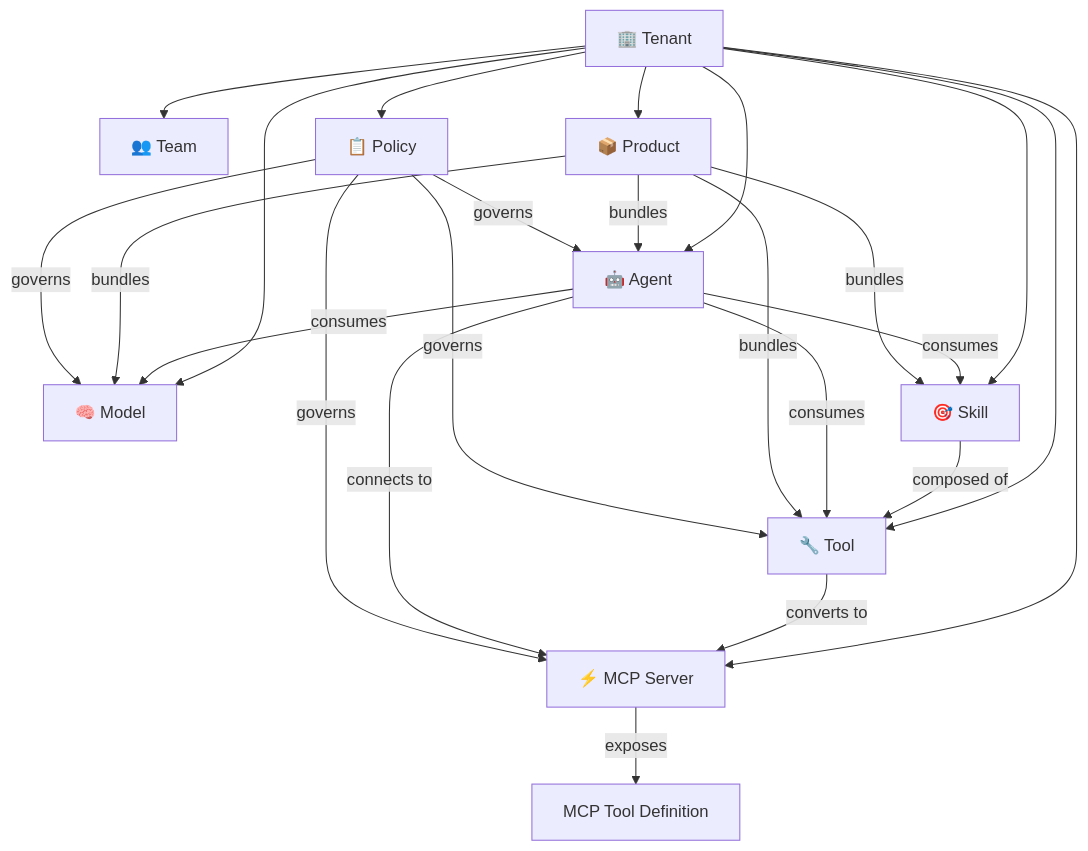
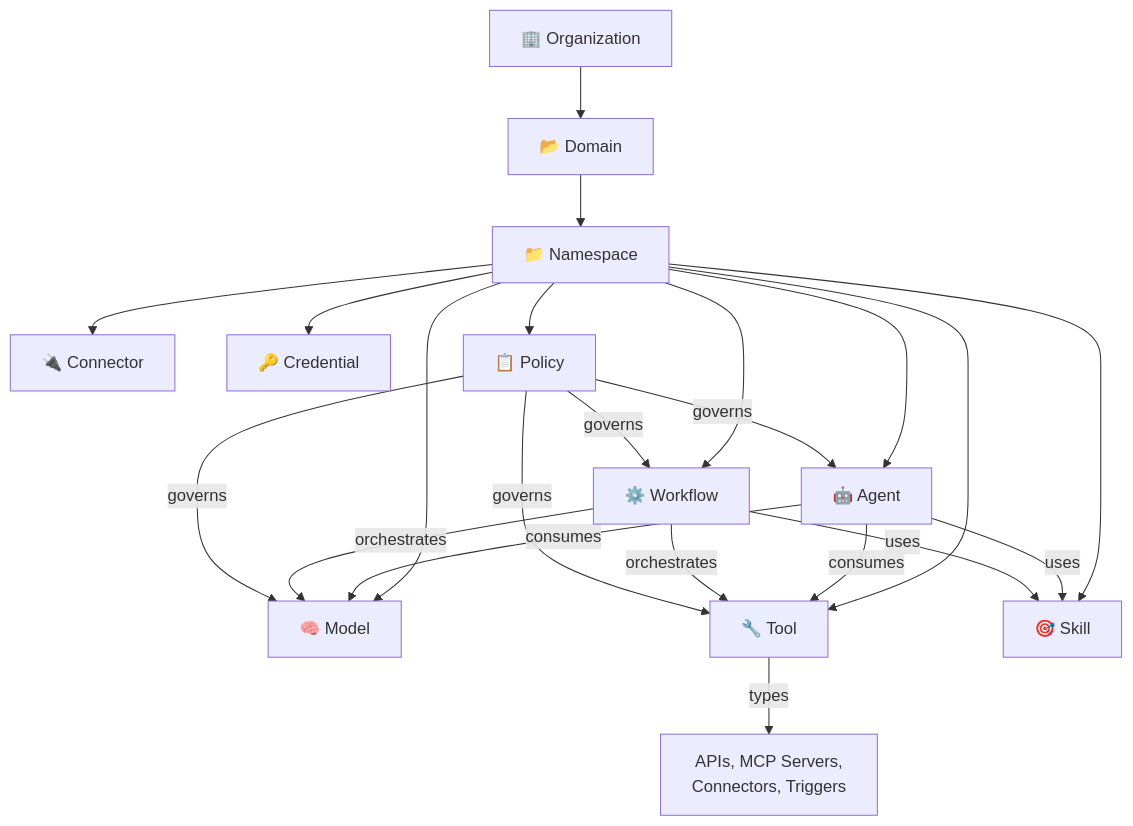
Before and after one commit to anishtallapureddy/standalone-ai-gateway: the first of 2 diagrams in docs/entity-model.md, drawn with Mermaid. The commit also changed other lines of this file and 8 other files, not shown here.

````diff
--- a/docs/entity-model.md
+++ b/docs/entity-model.md
@@ -9,30 +17,27 @@
 ```mermaid
 graph TD
-    TENANT[🏢 Tenant] --> TEAM[👥 Team]
-    TENANT --> MODEL[🧠 Model]
-    TENANT --> TOOL[🔧 Tool]
-    TENANT --> MCP[⚡ MCP Server]
-    TENANT --> SKILL[🎯 Skill]
-    TENANT --> AGENT[🤖 Agent]
-    TENANT --> PRODUCT[📦 Product]
-    TENANT --> POLICY[📋 Policy]
+    ORG[🏢 Organization] --> DOMAIN[📂 Domain]
+    DOMAIN --> NS[📁 Namespace]
 
-    TOOL -->|"converts to"| MCP
-    MCP -->|"exposes"| MCP_TOOL[MCP Tool Definition]
+    NS --> MODEL[🧠 Model]
+    NS --> TOOL[🔧 Tool]
+    NS --> AGENT[🤖 Agent]
+    NS --> SKILL[🎯 Skill]
+    NS --> WORKFLOW[⚙️ Workflow]
+    NS --> CONNECTOR[🔌 Connector]
+    NS --> CREDENTIAL[🔑 Credential]
+    NS --> POLICY[📋 Policy]
 
-    SKILL -->|"composed of"| TOOL
+    TOOL -->|"types"| TOOL_TYPES["APIs, MCP Servers,\nConnectors, Triggers"]
     AGENT -->|"consumes"| MODEL
     AGENT -->|"consumes"| TOOL
-    AGENT -->|"consumes"| SKILL
-    AGENT -->|"connects to"| MCP
-
-    PRODUCT -->|"bundles"| MODEL
-    PRODUCT -->|"bundles"| TOOL
-    PRODUCT -->|"bundles"| SKILL
-    PRODUCT -->|"bundles"| AGENT
+    AGENT -->|"uses"| SKILL
+    WORKFLOW -->|"orchestrates"| MODEL
+    WORKFLOW -->|"orchestrates"| TOOL
+    WORKFLOW -->|"uses"| SKILL
 
     POLICY -->|"governs"| MODEL
     POLICY -->|"governs"| TOOL
-    POLICY -->|"governs"| MCP
     POLICY -->|"governs"| AGENT
+    POLICY -->|"governs"| WORKFLOW
 ```
````
